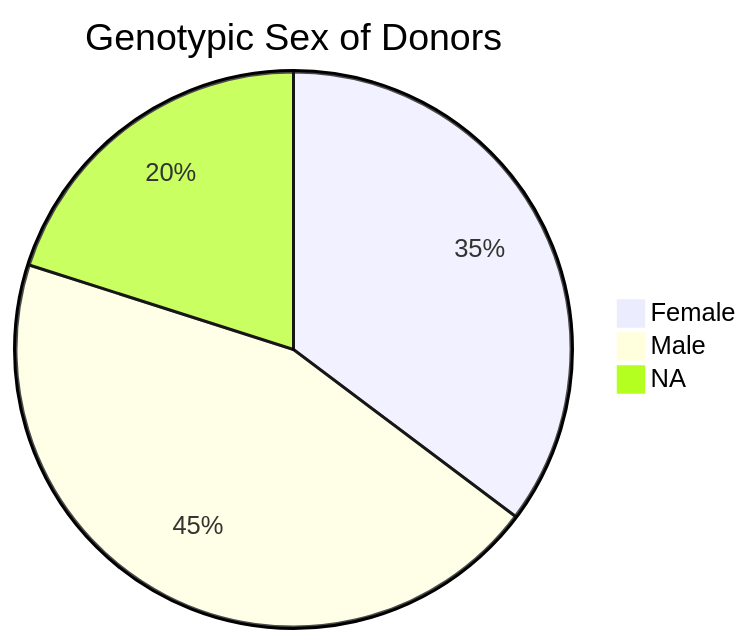
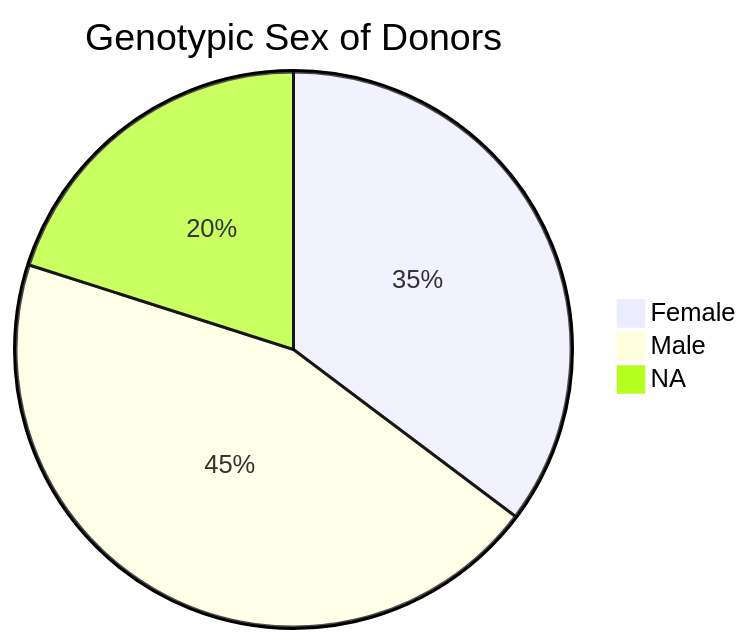
The diagram in docs/index.md (progenetix/cancercelllines-web), drawn with Mermaid before and after one commit.

````diff
--- a/docs/index.md
+++ b/docs/index.md
@@ -16,7 +16,8 @@
 ```mermaid
+%%{init: {"pie": {"textPosition": 0.5}} }%%
 pie title Genotypic Sex of Donors
 "Female" : 1486
 "Male" : 1882
 "NA" : 846
 
 ```
````
